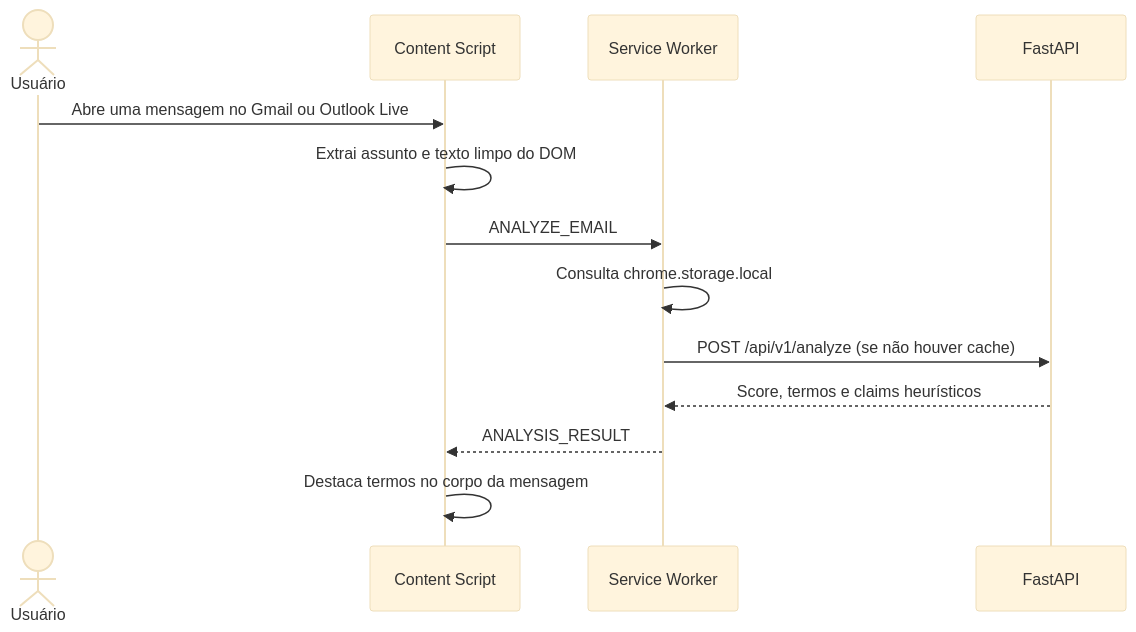
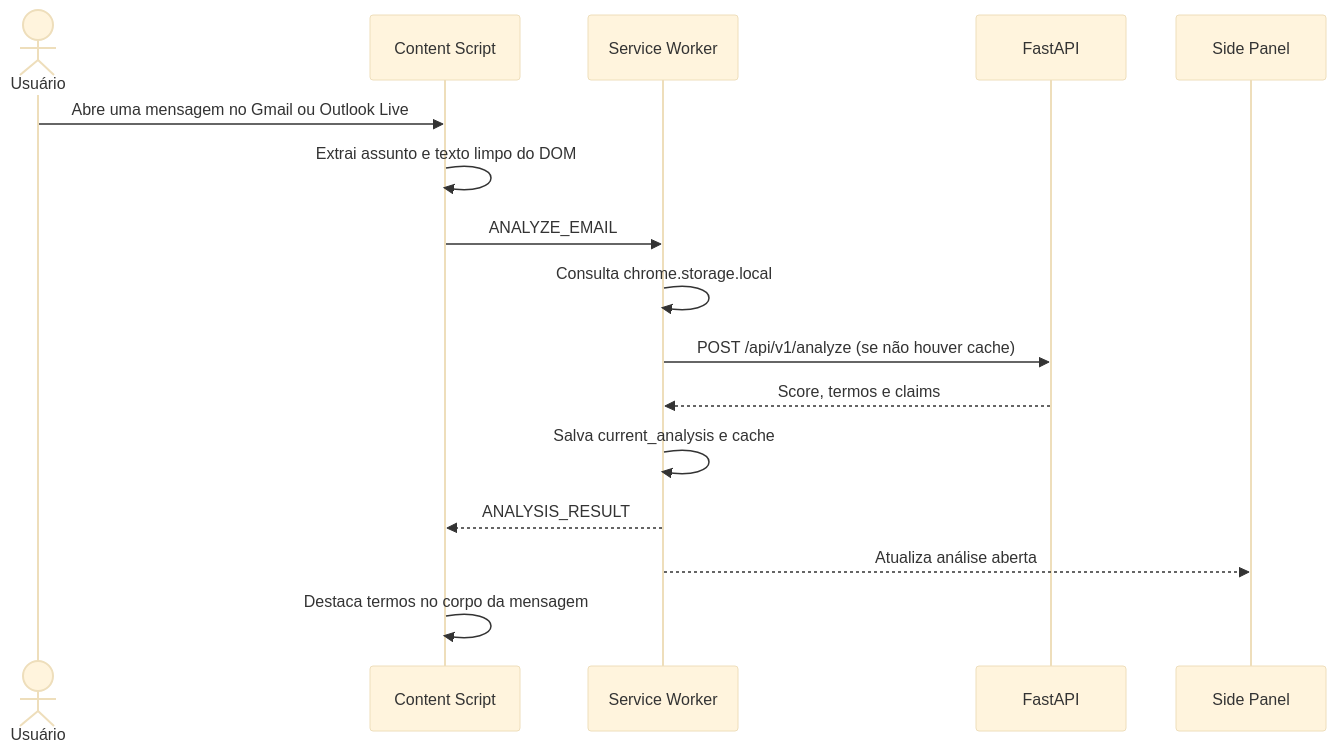
One commit to unb-Sistemas-de-Machine-learning/challenge_1_inimigos_do_prompt changed the diagram in website/src/content/docs/arquitetura.md. Above: the diagram before and after it, drawn with Mermaid (base theme). The commit also changed other lines of this file and 7 other files, not shown here.

````diff
--- a/website/src/content/docs/arquitetura.md
+++ b/website/src/content/docs/arquitetura.md
@@ -9,16 +9,19 @@
 ```mermaid
 sequenceDiagram
     actor User as Usuário
     participant CS as Content Script
     participant SW as Service Worker
     participant API as FastAPI
+    participant SP as Side Panel
 
     User->>CS: Abre uma mensagem no Gmail ou Outlook Live
     CS->>CS: Extrai assunto e texto limpo do DOM
     CS->>SW: ANALYZE_EMAIL
     SW->>SW: Consulta chrome.storage.local
     SW->>API: POST /api/v1/analyze (se não houver cache)
-    API-->>SW: Score, termos e claims heurísticos
+    API-->>SW: Score, termos e claims
+    SW->>SW: Salva current_analysis e cache
     SW-->>CS: ANALYSIS_RESULT
+    SW-->>SP: Atualiza análise aberta
     CS->>CS: Destaca termos no corpo da mensagem
 ```
````
